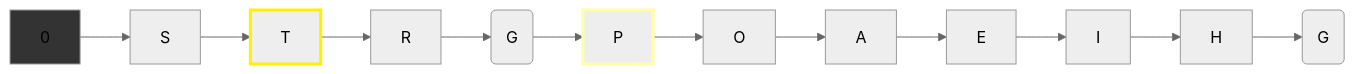
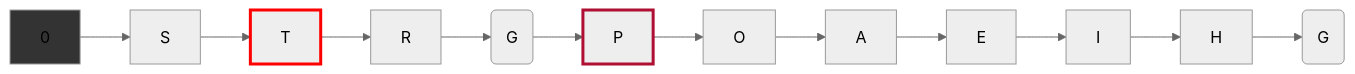
Before and after one commit to west7/EDA2: the seventh of 18 diagrams in README.md, drawn with Mermaid (neutral theme). The commit also changed other lines of this file, not shown here.

Commit message:
update graph section

````diff
--- a/README.md
+++ b/README.md
@@ -517,8 +519,8 @@
 ```mermaid
     graph LR;
     0 --> S --> T --> R --> G1(G) --> P --> O --> A --> E --> I --> H --> G2(G)
 
-    style T stroke-width: 3px, stroke: #FFF000
-    style P stroke-width: 3px, stroke: #FFFFA7
+    style T stroke-width: 3px, stroke: #FF0000
+    style P stroke-width: 3px, stroke: #AF0F33
     style 0 fill: #333
 ```
````
